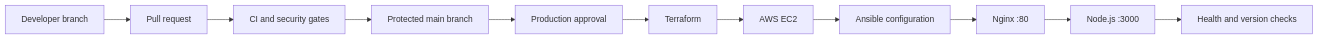
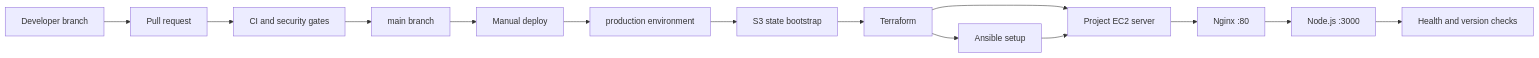
Before and after one commit to MrC0001/devops-pipeline: the diagram in docs/architecture.md, drawn with Mermaid. The commit also changed other lines of this file and 25 other files, not shown here.

````diff
--- a/docs/architecture.md
+++ b/docs/architecture.md
@@ -6,13 +7,16 @@
 ```mermaid
 flowchart LR
     Developer["Developer branch"] --> PR["Pull request"]
     PR --> CI["CI and security gates"]
-    CI --> Main["Protected main branch"]
-    Main --> Approval["Production approval"]
-    Approval --> Terraform["Terraform"]
-    Terraform --> EC2["AWS EC2"]
-    EC2 --> Ansible["Ansible configuration"]
-    Ansible --> Nginx["Nginx :80"]
+    CI --> Main["main branch"]
+    Main --> Dispatch["Manual deploy"]
+    Dispatch --> Environment["production environment"]
+    Environment --> State["S3 state bootstrap"]
+    State --> Terraform["Terraform"]
+    Terraform --> EC2["Project EC2 server"]
+    Terraform --> Ansible["Ansible setup"]
+    Ansible --> EC2
+    EC2 --> Nginx["Nginx :80"]
     Nginx --> Node["Node.js :3000"]
     Node --> Smoke["Health and version checks"]
 ```
````
